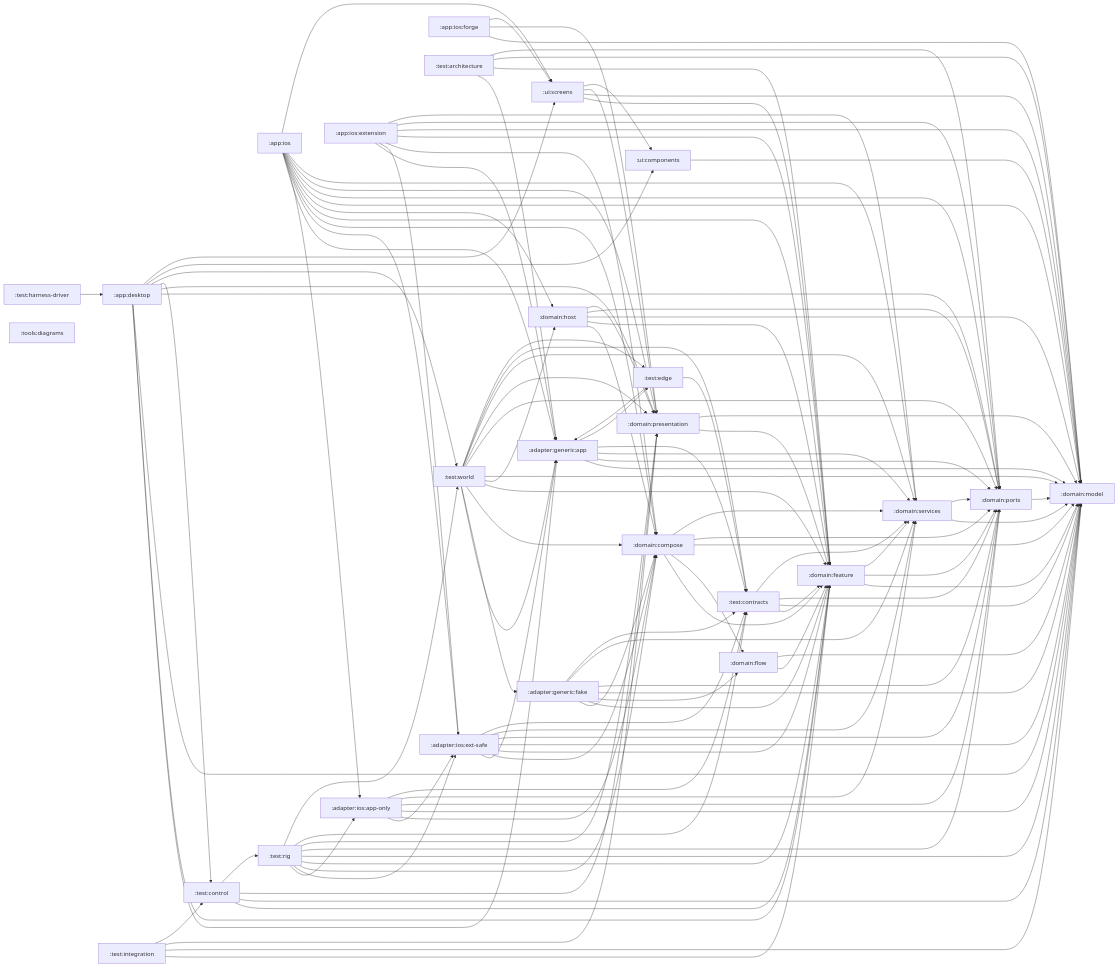
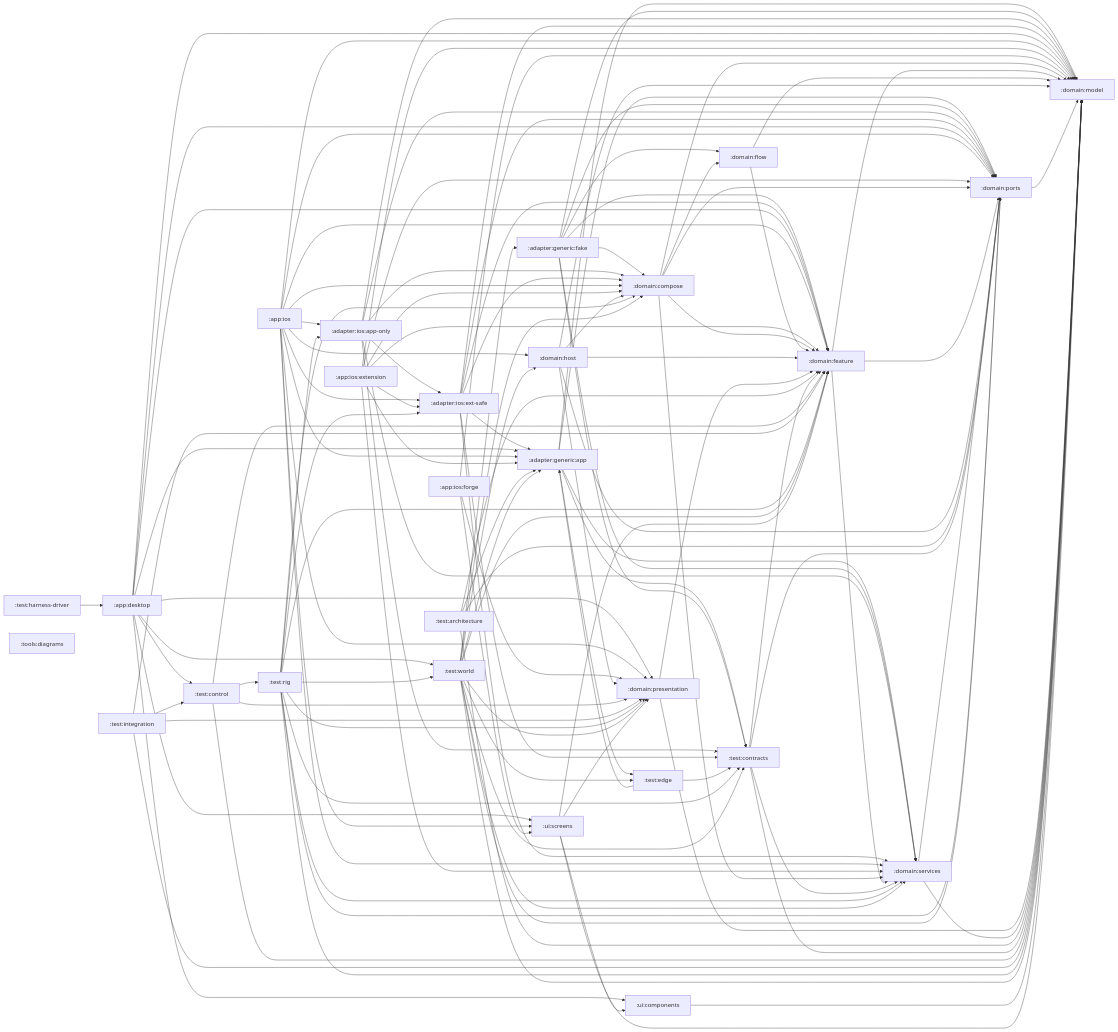
Before and after one commit to stefanhoelzl/SnapSync: the diagram in architecture/modules.md, drawn with Mermaid. The commit also changed 101 other files, not shown here.

```diff
--- a/architecture/modules.md
+++ b/architecture/modules.md
@@ -137,6 +137,7 @@
   test_rig --> domain_model
   test_rig --> domain_ports
   test_rig --> domain_presentation
+  test_rig --> domain_services
   test_rig --> test_contracts
   test_rig --> test_world
   test_world --> adapter_generic_app
```
